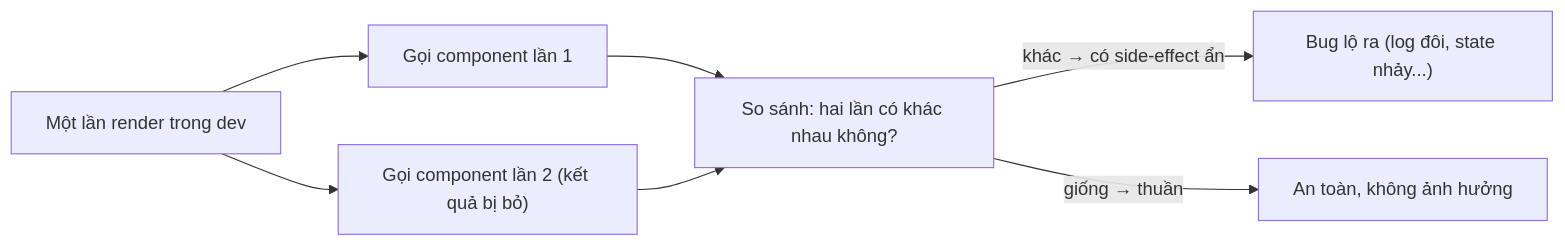
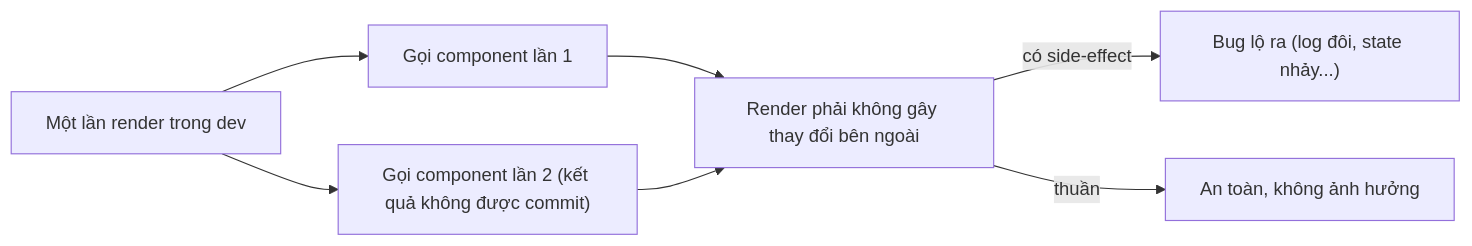
One commit to vanhiep99w/react-learn changed the first of 3 diagrams in content/docs/react-internals/strict-mode.mdx. Above: the diagram before and after it, drawn with Mermaid. The commit also changed other lines of this file, not shown here.

````diff
--- a/content/docs/react-internals/strict-mode.mdx
+++ b/content/docs/react-internals/strict-mode.mdx
@@ -87,9 +94,9 @@
 ```mermaid
 graph LR
     R["Một lần render trong dev"] --> A["Gọi component lần 1"]
-    R --> B["Gọi component lần 2 (kết quả bị bỏ)"]
-    A --> C["So sánh: hai lần có khác nhau không?"]
+    R --> B["Gọi component lần 2 (kết quả không được commit)"]
+    A --> C["Render phải không gây thay đổi bên ngoài"]
     B --> C
-    C -->|"khác → có side-effect ẩn"| D["Bug lộ ra (log đôi, state nhảy...)"]
-    C -->|"giống → thuần"| E["An toàn, không ảnh hưởng"]
+    C -->|"có side-effect"| D["Bug lộ ra (log đôi, state nhảy...)"]
+    C -->|"thuần"| E["An toàn, không ảnh hưởng"]
 ```
````
